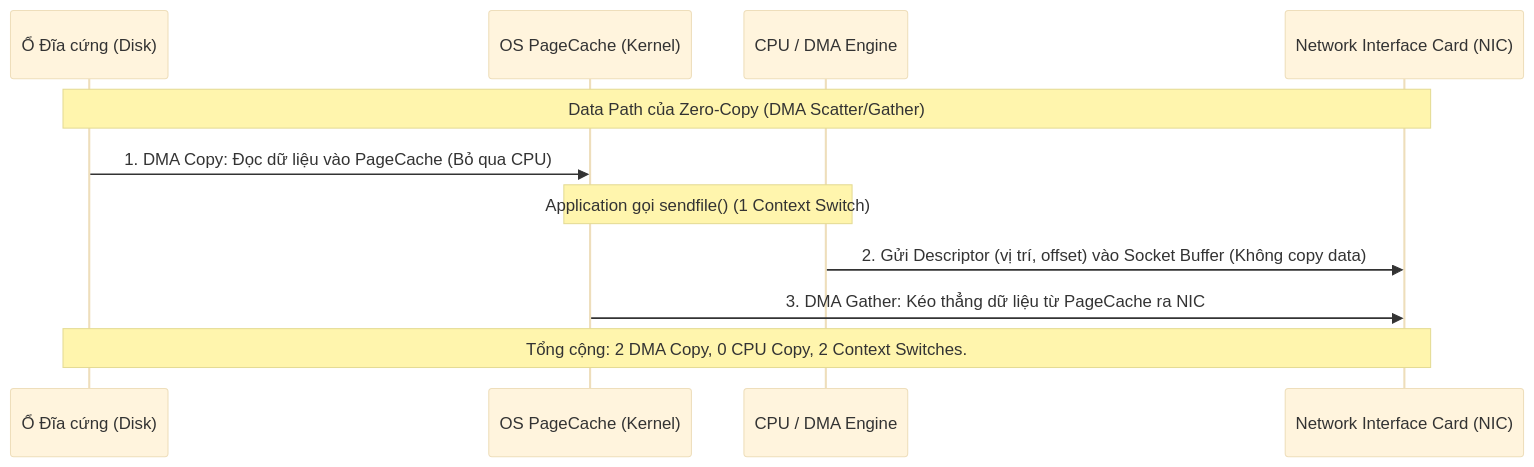
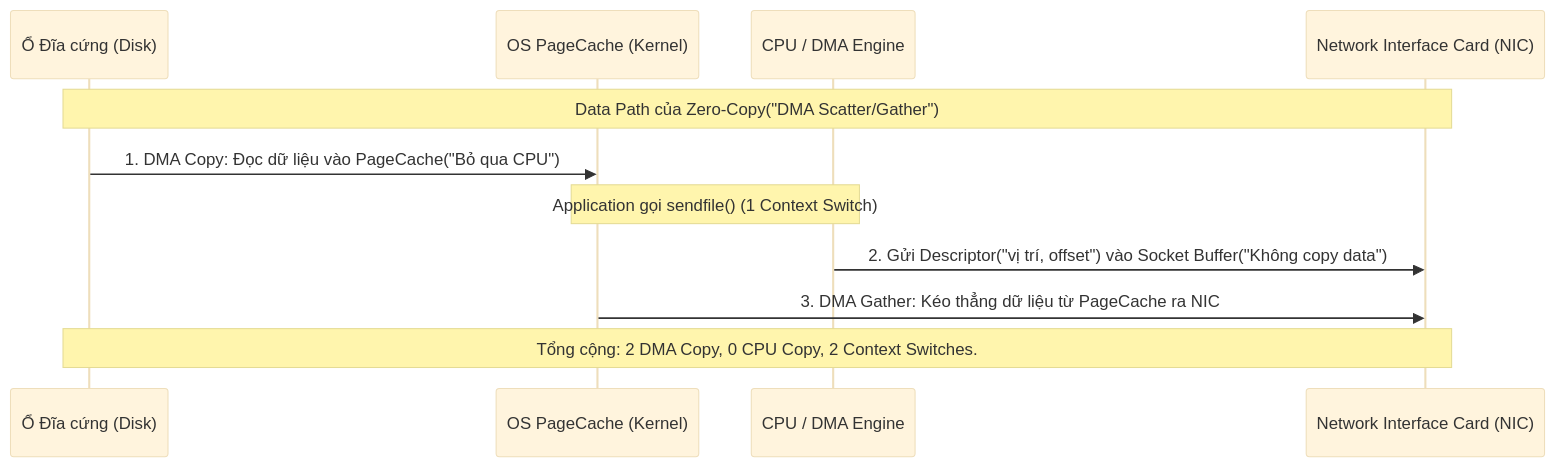
The diagram in src/content/docs/concepts/5-stream-processing-realtime/zero-copy-principle.md (kythuatdulieu/kythuatdulieu.github.io), drawn with Mermaid (base theme) before and after one commit. The commit also changed 190 other files, not shown here.

Commit message:
fix: resolve mermaid syntax, math rendering, and metadata issues from content rewrite

````diff
--- a/src/content/docs/concepts/5-stream-processing-realtime/zero-copy-principle.md
+++ b/src/content/docs/concepts/5-stream-processing-realtime/zero-copy-principle.md
@@ -19,14 +19,14 @@
 ```mermaid
 sequenceDiagram
     participant Disk as Ổ Đĩa cứng (Disk)
     participant PageCache as OS PageCache (Kernel)
     participant CPU as CPU / DMA Engine
     participant NIC as Network Interface Card (NIC)
 
-    Note over Disk, NIC: Data Path của Zero-Copy (DMA Scatter/Gather)
-    Disk->>PageCache: 1. DMA Copy: Đọc dữ liệu vào PageCache (Bỏ qua CPU)
+    Note over Disk, NIC: Data Path của Zero-Copy("DMA Scatter/Gather")
+    Disk->>PageCache: 1. DMA Copy: Đọc dữ liệu vào PageCache("Bỏ qua CPU")
     Note over PageCache, CPU: Application gọi sendfile() (1 Context Switch)
-    CPU->>NIC: 2. Gửi Descriptor (vị trí, offset) vào Socket Buffer (Không copy data)
+    CPU->>NIC: 2. Gửi Descriptor("vị trí, offset") vào Socket Buffer("Không copy data")
     PageCache->>NIC: 3. DMA Gather: Kéo thẳng dữ liệu từ PageCache ra NIC
     Note over Disk, NIC: Tổng cộng: 2 DMA Copy, 0 CPU Copy, 2 Context Switches.
 ```
````
